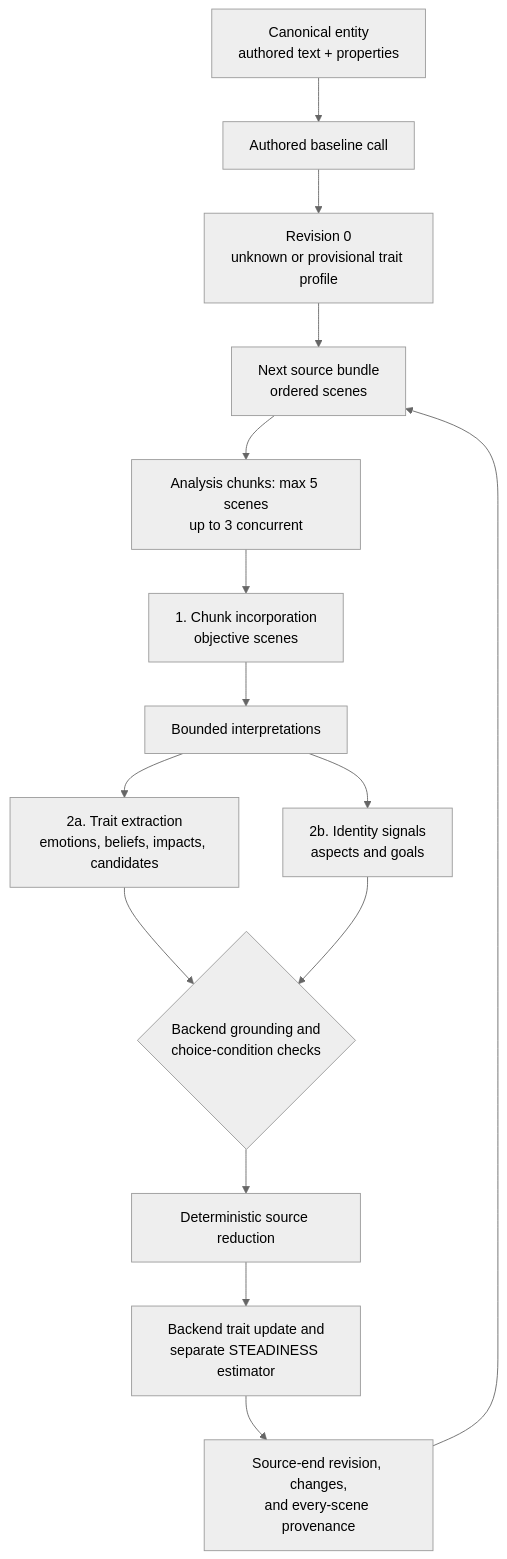
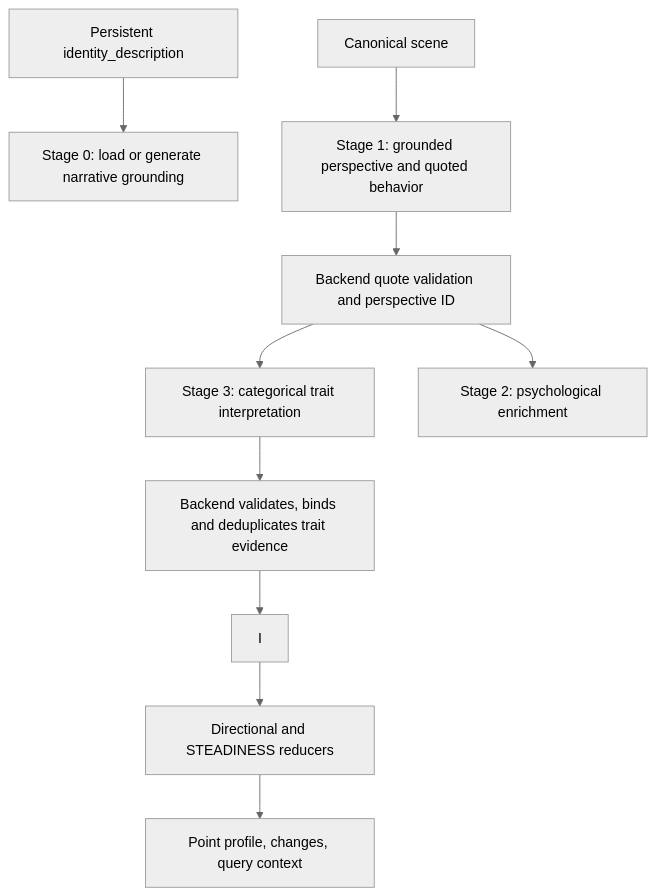
One commit to pablovin/Shrecknet changed the diagram in Documentation/Agents/CharacterAgent/Dispositional Traits.md. Above: the diagram before and after it, drawn with Mermaid (neutral theme). The commit also changed other lines of this file and 37 other files, not shown here.

````diff
--- a/Documentation/Agents/CharacterAgent/Dispositional Traits.md
+++ b/Documentation/Agents/CharacterAgent/Dispositional Traits.md
@@ -324,27 +56,12 @@
 ```mermaid
 flowchart TD
-    A[Canonical entity
-authored text + properties] --> B[Authored baseline call]
-    B --> C[Revision 0
-unknown or provisional trait profile]
-    C --> D[Next source bundle
-ordered scenes]
-    D --> E[Analysis chunks: max 5 scenes
-up to 3 concurrent]
-    E --> F[1. Chunk incorporation
-objective scenes]
-    F --> G[Bounded interpretations]
-    G --> H[2a. Trait extraction
-emotions, beliefs, impacts, candidates]
-    G --> I[2b. Identity signals
-aspects and goals]
-    H --> J{Backend grounding and
-choice-condition checks}
-    I --> J
-    J --> K[Deterministic source reduction]
-    K --> L[Backend trait update and
-separate STEADINESS estimator]
-    L --> M[Source-end revision, changes,
-and every-scene provenance]
-    M --> D
+    A[Persistent identity_description] --> B[Stage 0: load or generate narrative grounding]
+    C[Canonical scene] --> D[Stage 1: grounded perspective and quoted behavior]
+    D --> E[Backend quote validation and perspective ID]
+    E --> F[Stage 3: categorical trait interpretation]
+    E --> G[Stage 2: psychological enrichment]
+    F --> H[Backend validates, binds and deduplicates trait evidence]
+    H --> I
+    I --> J[Directional and STEADINESS reducers]
+    J --> K[Point profile, changes, query context]
 ```
````
